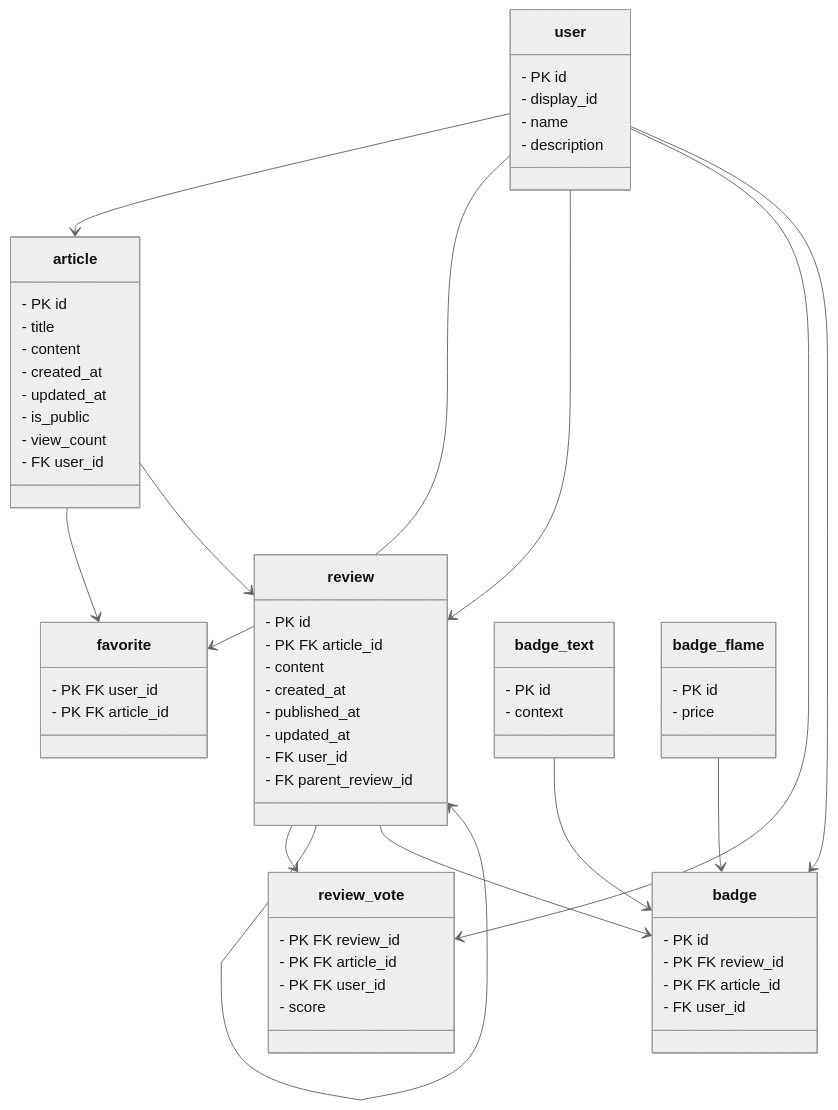
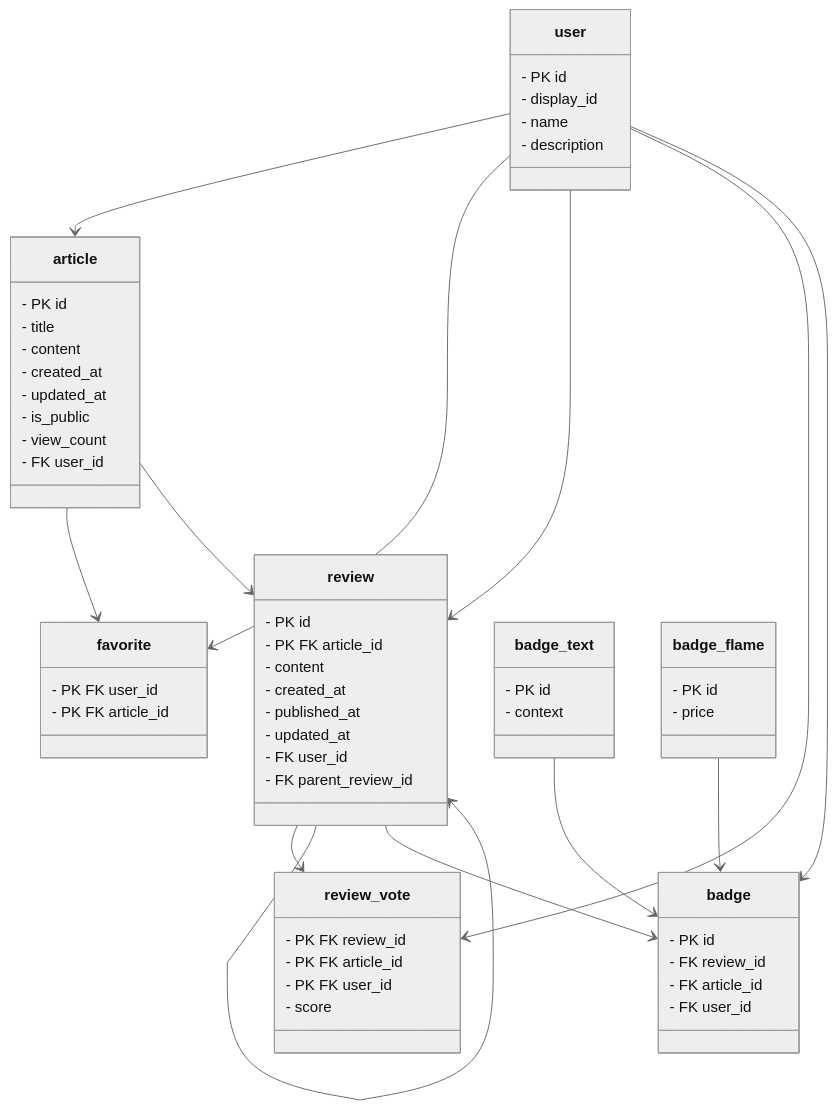
Before and after one commit to Potato-Gratin/TechPad: the diagram in db/ER図.md, drawn with Mermaid (neutral theme). The commit also changed 1 other file, not shown here.

Commit message:
fix: budge.id のみを主キーに、他を外部キーに変更

````diff
--- a/db/ER図.md
+++ b/db/ER図.md
@@ -1,74 +1,74 @@
 ```mermaid
 classDiagram
   user --> article
   user --> favorite
   article --> favorite
   article --> review
   user --> review
   review --> review_vote
   user --> review_vote
   review --> review
   user --> badge
   review --> badge
   badge_text --> badge
   badge_flame --> badge
 
 
   class user{
     - PK id
     - display_id
     - name
     - description
   }
 
   class article{
   - PK id
   - title
   - content
   - created_at
   - updated_at
   - is_public
   - view_count
   - FK user_id
   }
 
   class favorite{
   - PK FK user_id
   - PK FK article_id
   }
 
   class review{
   - PK id
   - PK FK article_id
   - content
   - created_at
   - published_at
   - updated_at
   - FK user_id
   - FK parent_review_id
   }
 
   class review_vote{
   - PK FK review_id
   - PK FK article_id
   - PK FK user_id
   - score
   }
 
   class badge{
   - PK id
-  - PK FK review_id
-  - PK FK article_id
+  - FK review_id
+  - FK article_id
   - FK user_id
   }
 
   class badge_text {
   - PK id
   - context
   }
 
   class badge_flame {
   - PK id
   - price
   }
 ```
````
